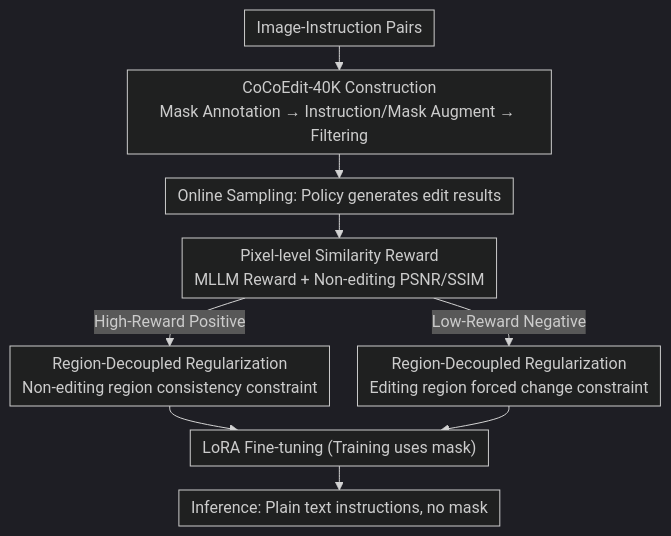
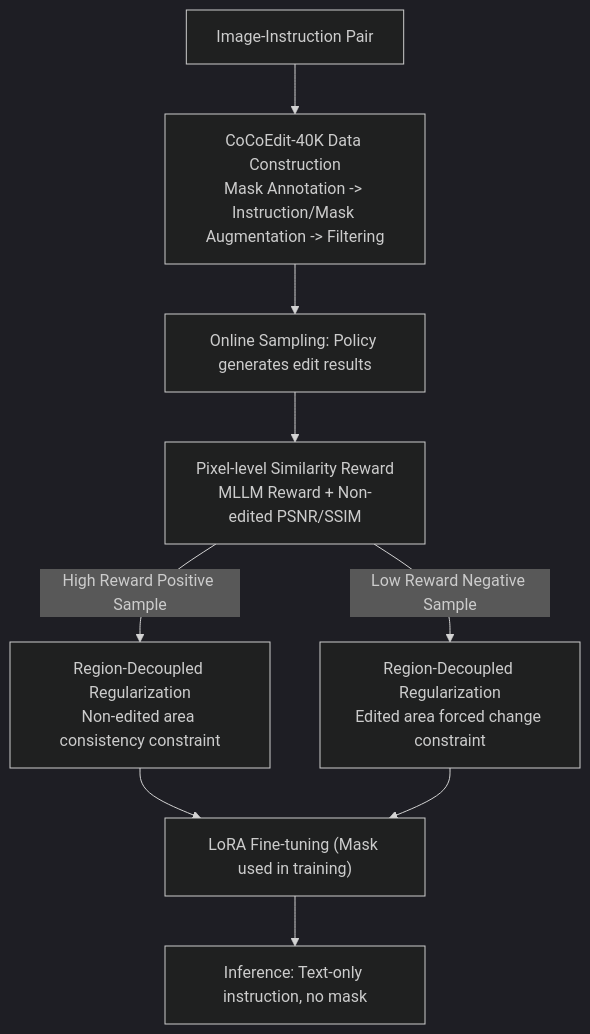
Before and after one commit to zhaoyang97/Paper-Notes-en: the diagram in docs/ICML2026/image_generation/cocoedit_content-consistent_image_editing_via_region_regularized_reinforcement_l.md, drawn with Mermaid (dark theme). The commit also changed other lines of this file and 5084 other files, not shown here.

````diff
--- a/docs/ICML2026/image_generation/cocoedit_content-consistent_image_editing_via_region_regularized_reinforcement_l.md
+++ b/docs/ICML2026/image_generation/cocoedit_content-consistent_image_editing_via_region_regularized_reinforcement_l.md
@@ -43,12 +43,11 @@
 ```mermaid
-%%{init: {'flowchart': {'rankSpacing': 24, 'nodeSpacing': 28, 'padding': 6, 'wrappingWidth': 400}}}%%
-flowchart TD
-    A["Image-Instruction Pairs"] --> B["CoCoEdit-40K Construction<br/>Mask Annotation → Instruction/Mask Augment → Filtering"]
+graph TD
+    A["Image-Instruction Pair"] --> B["CoCoEdit-40K Data Construction<br/>Mask Annotation -> Instruction/Mask Augmentation -> Filtering"]
     B --> C["Online Sampling: Policy generates edit results"]
-    C --> D["Pixel-level Similarity Reward<br/>MLLM Reward + Non-editing PSNR/SSIM"]
-    D -->|High-Reward Positive| E["Region-Decoupled Regularization<br/>Non-editing region consistency constraint"]
-    D -->|Low-Reward Negative| F["Region-Decoupled Regularization<br/>Editing region forced change constraint"]
-    E --> G["LoRA Fine-tuning (Training uses mask)"]
+    C --> D["Pixel-level Similarity Reward<br/>MLLM Reward + Non-edited PSNR/SSIM"]
+    D -->|High Reward Positive Sample| E["Region-Decoupled Regularization<br/>Non-edited area consistency constraint"]
+    D -->|Low Reward Negative Sample| F["Region-Decoupled Regularization<br/>Edited area forced change constraint"]
+    E --> G["LoRA Fine-tuning (Mask used in training)"]
     F --> G
-    G --> H["Inference: Plain text instructions, no mask"]
+    G --> H["Inference: Text-only instruction, no mask"]
 ```
````
